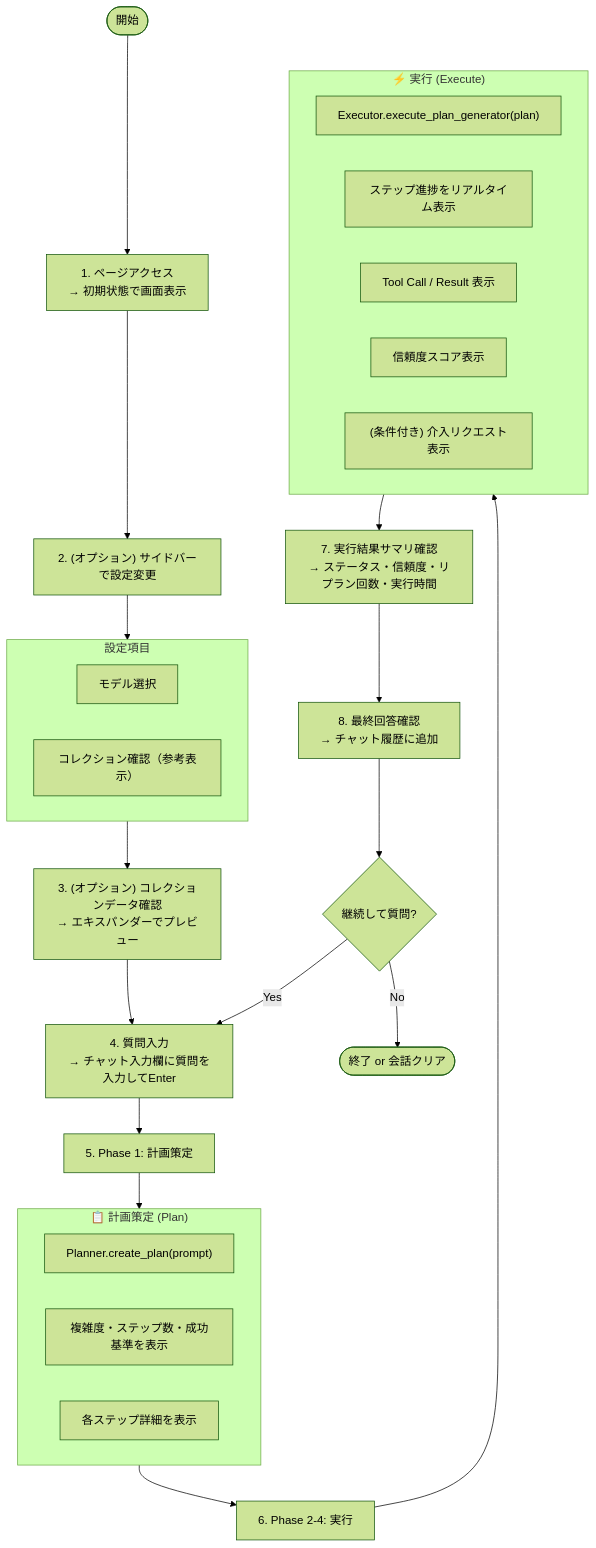
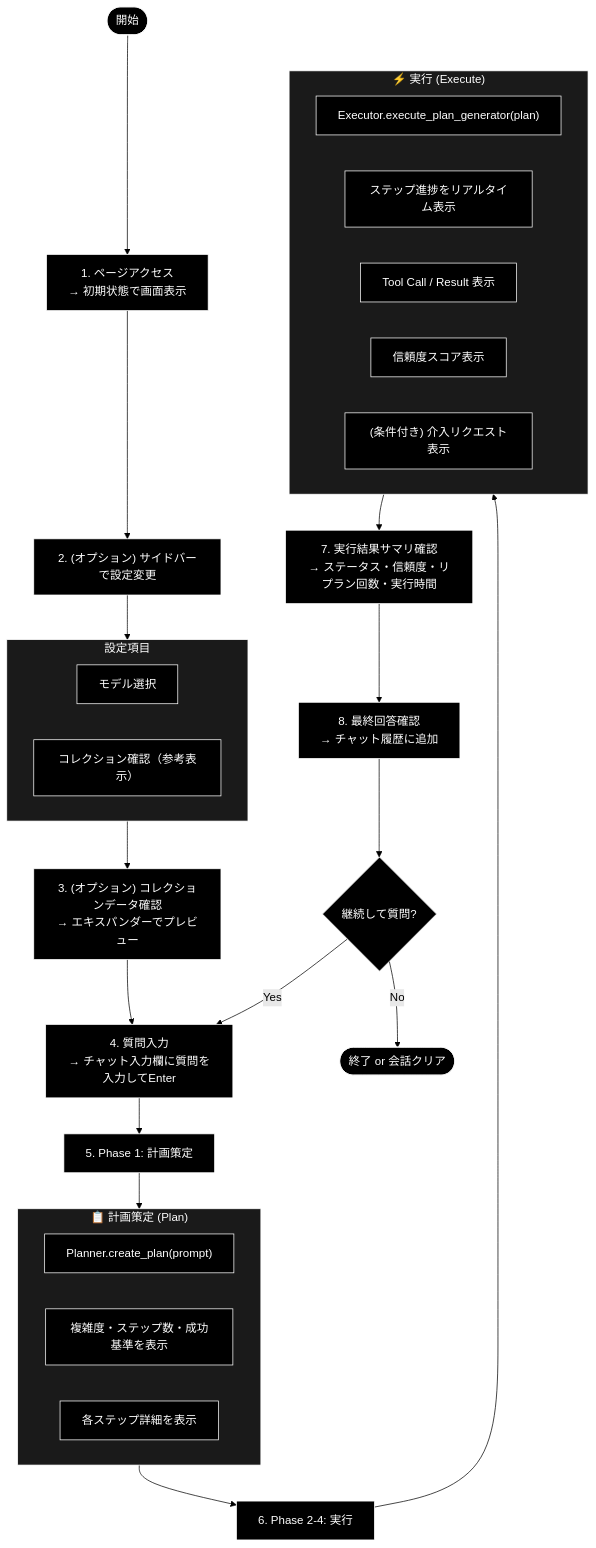
One commit to nakashima2toshio/ollama_grace_agent_v2 changed the seventh of 13 diagrams in README.md. Above: the diagram before and after it, drawn with Mermaid (forest theme). The commit also changed other lines of this file, not shown here.

First line of the commit message:
docs(README): apply mandatory black-bg Mermaid style + fix grace_chat_page.py refs

````diff
--- a/README.md
+++ b/README.md
@@ -604,39 +649,45 @@
 ```mermaid
 flowchart TB
     Start(["開始"]) --> A["1. ページアクセス<br/>→ 初期状態で画面表示"]
     A --> B["2. (オプション) サイドバーで設定変更"]
 
     subgraph Settings["設定項目"]
         B1["モデル選択"]
         B2["コレクション確認（参考表示）"]
     end
     B --> Settings
 
     Settings --> C["3. (オプション) コレクションデータ確認<br/>→ エキスパンダーでプレビュー"]
     C --> D["4. 質問入力<br/>→ チャット入力欄に質問を入力してEnter"]
     D --> E1["5. Phase 1: 計画策定"]
 
     subgraph PlanPhase["📋 計画策定 (Plan)"]
         E1a["Planner.create_plan(prompt)"]
         E1b["複雑度・ステップ数・成功基準を表示"]
         E1c["各ステップ詳細を表示"]
     end
     E1 --> PlanPhase
 
     PlanPhase --> E2["6. Phase 2-4: 実行"]
 
     subgraph ExecPhase["⚡ 実行 (Execute)"]
         E2a["Executor.execute_plan_generator(plan)"]
         E2b["ステップ進捗をリアルタイム表示"]
         E2c["Tool Call / Result 表示"]
         E2d["信頼度スコア表示"]
         E2e["(条件付き) 介入リクエスト表示"]
     end
     E2 --> ExecPhase
 
     ExecPhase --> F["7. 実行結果サマリ確認<br/>→ ステータス・信頼度・リプラン回数・実行時間"]
     F --> G["8. 最終回答確認<br/>→ チャット履歴に追加"]
     G --> H{"継続して質問?"}
     H -->|Yes| D
     H -->|No| End(["終了 or 会話クリア"])
+classDef default fill:#000,stroke:#fff,color:#fff
+classDef subgraphStyle fill:#1a1a1a,stroke:#fff,color:#fff
+class Start,A,B,B1,B2,C,D,E1,E1a,E1b,E1c,E2,E2a,E2b,E2c,E2d,E2e,F,G,H,End default
+style Settings fill:#1a1a1a,stroke:#fff,color:#fff
+style PlanPhase fill:#1a1a1a,stroke:#fff,color:#fff
+style ExecPhase fill:#1a1a1a,stroke:#fff,color:#fff
 ```
````
